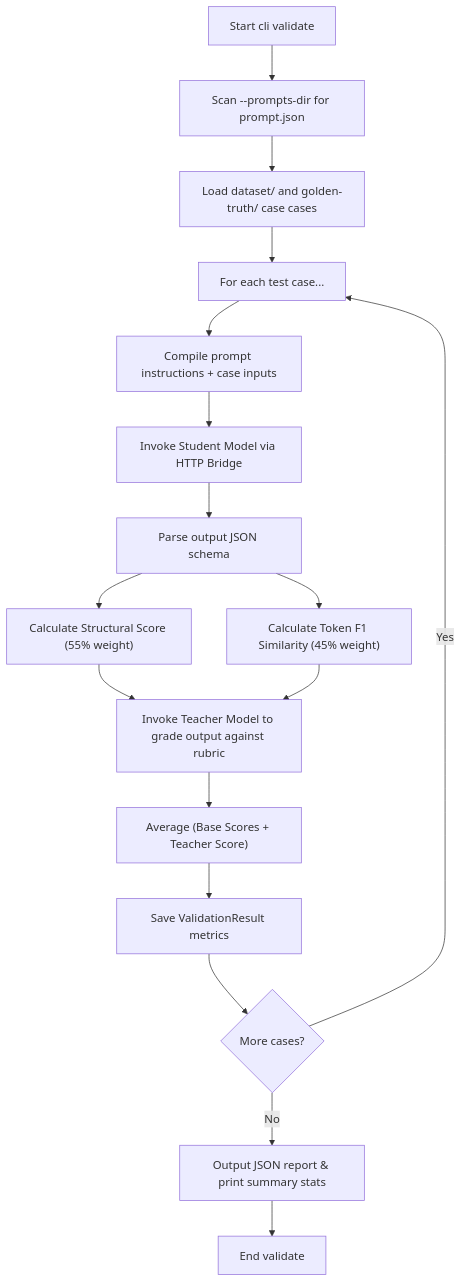
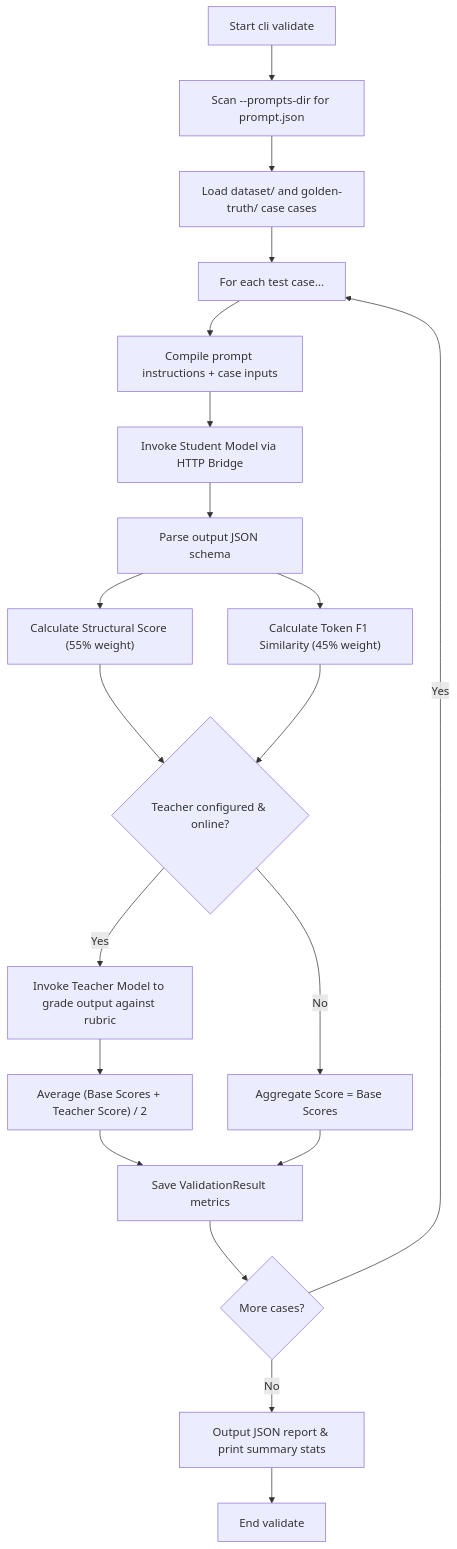
One commit to pkcpkc/prompt-better changed the first of 2 diagrams in README.md. Above: the diagram before and after it, drawn with Mermaid. The commit also changed other lines of this file and 11 other files, not shown here.

Commit message:
feat: support optional teacher model in evaluation and add PyPI release script

````diff
--- a/README.md
+++ b/README.md
@@ -163,21 +169,24 @@
 ```mermaid
 flowchart TD
     Start["Start cli validate"] --> Scan["Scan --prompts-dir for prompt.json"]
     Scan --> LoadDataset["Load dataset/ and golden-truth/ case cases"]
     LoadDataset --> Iterate["For each test case..."]
     Iterate --> BuildPayload["Compile prompt instructions + case inputs"]
     BuildPayload --> RunStudent["Invoke Student Model via HTTP Bridge"]
     RunStudent --> ParseOutput["Parse output JSON schema"]
     ParseOutput --> CalcStruct["Calculate Structural Score (55% weight)"]
     ParseOutput --> CalcSim["Calculate Token F1 Similarity (45% weight)"]
     
-    CalcStruct --> CallTeacher["Invoke Teacher Model to grade output against rubric"]
-    CalcSim --> CallTeacher
-    CallTeacher --> CalcTeacher["Average (Base Scores + Teacher Score)"]
+    CalcStruct --> CheckTeacher{"Teacher configured & online?"}
+    CalcSim --> CheckTeacher
+    CheckTeacher -- Yes --> CallTeacher["Invoke Teacher Model to grade output against rubric"]
+    CallTeacher --> CalcTeacher["Average (Base Scores + Teacher Score) / 2"]
+    CheckTeacher -- No --> UseBase["Aggregate Score = Base Scores"]
     CalcTeacher --> SaveResult["Save ValidationResult metrics"]
+    UseBase --> SaveResult
     
     SaveResult --> CheckMore{More cases?}
     CheckMore -- Yes --> Iterate
     CheckMore -- No --> GenerateReport["Output JSON report & print summary stats"]
     GenerateReport --> End["End validate"]
 ```
````
